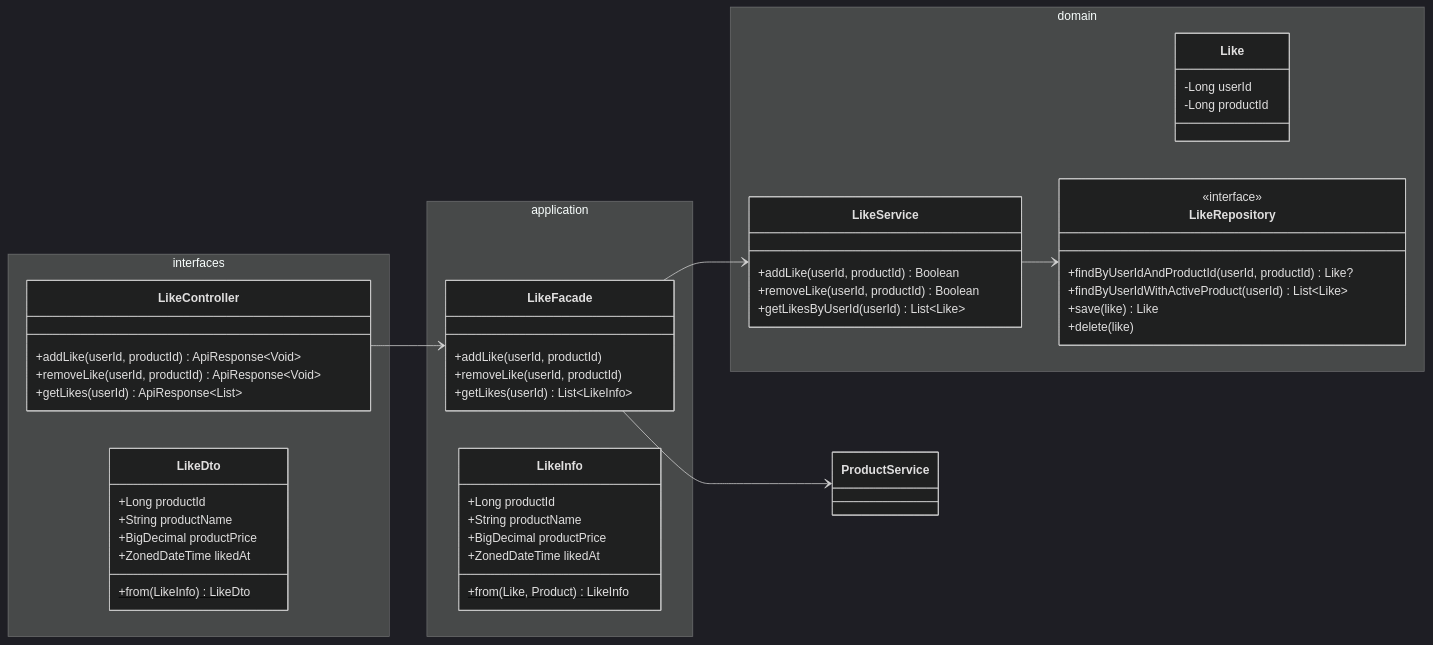
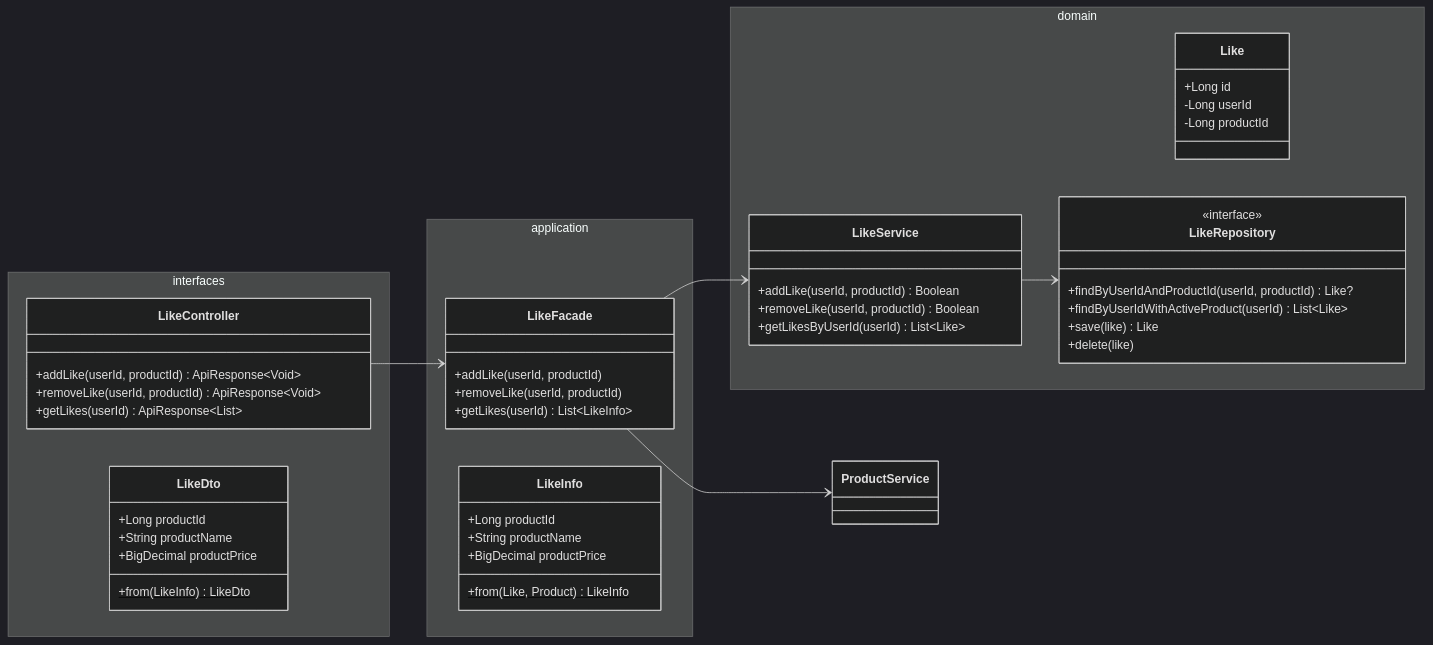
The fourth of 7 diagrams in docs/design/03-class-diagram.md (Loopers-dev-lab/loop-pack-be-l2-vol3-kotlin), drawn with Mermaid (dark theme) before and after one commit. The commit also changed other lines of this file and 5 other files, not shown here.

````diff
--- a/docs/design/03-class-diagram.md
+++ b/docs/design/03-class-diagram.md
@@ -360,58 +360,57 @@
 ```mermaid
 classDiagram
     direction LR
 
     namespace interfaces {
         class LikeController {
             +addLike(userId, productId) ApiResponse~Void~
             +removeLike(userId, productId) ApiResponse~Void~
             +getLikes(userId) ApiResponse~List~
         }
         class LikeDto {
             +Long productId
             +String productName
             +BigDecimal productPrice
-            +ZonedDateTime likedAt
             +from(LikeInfo)$ LikeDto
         }
     }
 
     namespace application {
         class LikeFacade {
             +addLike(userId, productId)
             +removeLike(userId, productId)
             +getLikes(userId) List~LikeInfo~
         }
         class LikeInfo {
             +Long productId
             +String productName
             +BigDecimal productPrice
-            +ZonedDateTime likedAt
             +from(Like, Product)$ LikeInfo
         }
     }
 
     namespace domain {
         class Like {
+            +Long id
             -Long userId
             -Long productId
         }
         class LikeService {
             +addLike(userId, productId) Boolean
             +removeLike(userId, productId) Boolean
             +getLikesByUserId(userId) List~Like~
         }
         class LikeRepository {
             <<interface>>
             +findByUserIdAndProductId(userId, productId) Like?
             +findByUserIdWithActiveProduct(userId) List~Like~
             +save(like) Like
             +delete(like)
         }
     }
 
     LikeController --> LikeFacade
     LikeFacade --> LikeService
     LikeFacade --> ProductService
     LikeService --> LikeRepository
 ```
````
